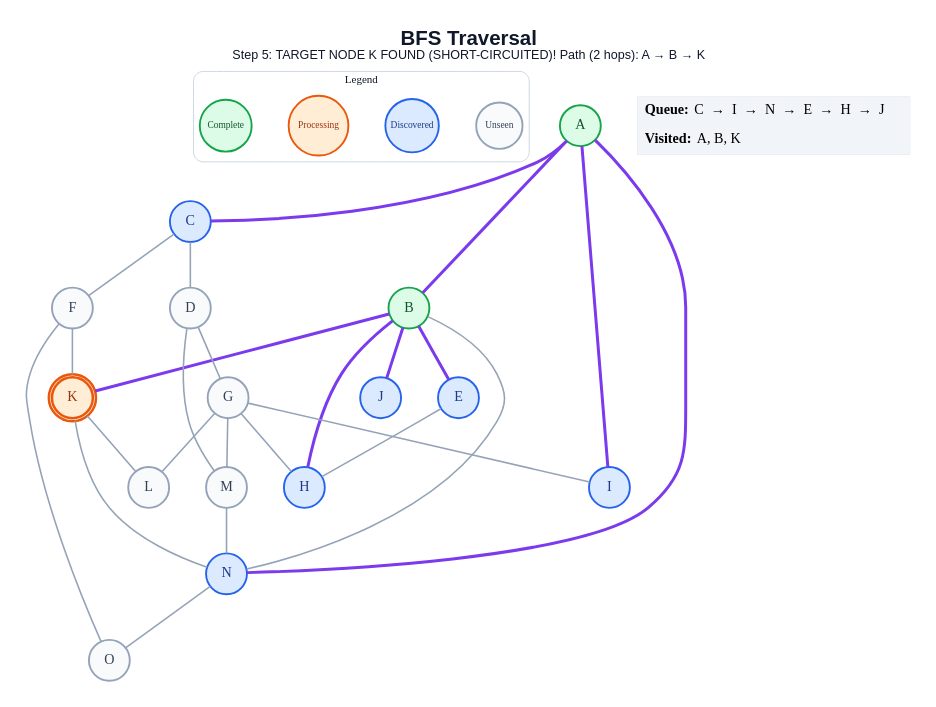
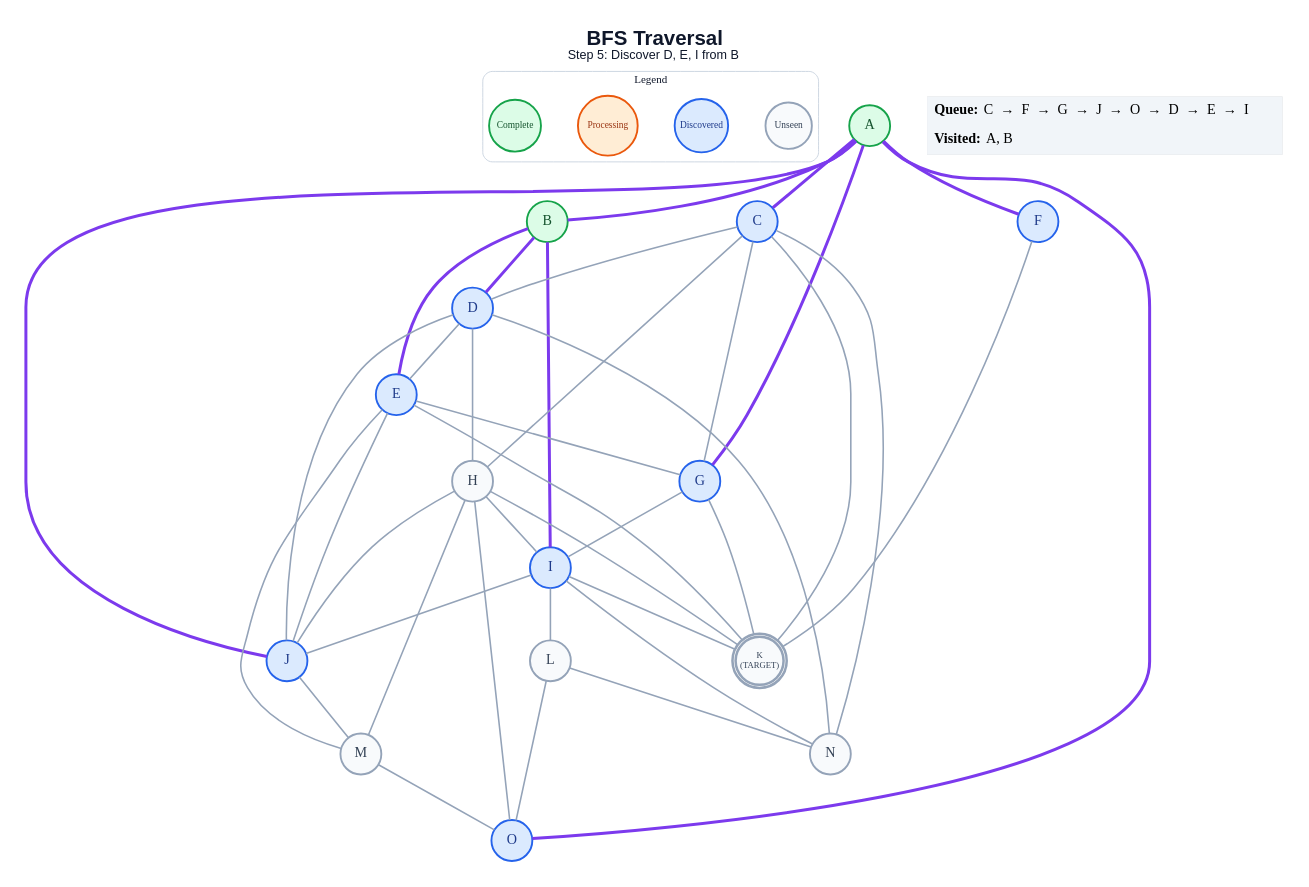
The diagram in generated/short-circuit/bfs/step_05.dot (anon7238593-create/ai-slop), drawn with Graphviz before and after one commit. The commit also changed 241 other files, not shown here.

```diff
--- a/generated/short-circuit/bfs/step_05.dot
+++ b/generated/short-circuit/bfs/step_05.dot
@@ -1,58 +1,72 @@
 graph traversal {
   graph [layout=dot, rankdir=TB, bgcolor="#FFFFFF", pad="0.35", nodesep="0.65", ranksep="0.8", fontname="Arial"];
   node [shape=circle, style="filled", fontname="Arial Bold", fontsize=18, width=0.72, fixedsize=true, penwidth=2.4];
   edge [color="#94A3B8", penwidth=2.0];
-  label=<<B>BFS Traversal</B><BR/><FONT POINT-SIZE="16">Step 5: TARGET NODE K FOUND (SHORT-CIRCUITED)! Path (2 hops): A → B → K</FONT>>; labelloc="t"; fontsize=26; fontname="Arial"; fontcolor="#0F172A";
+  label=<<B>BFS Traversal</B><BR/><FONT POINT-SIZE="16">Step 5: Discover D, E, I from B</FONT>>; labelloc="t"; fontsize=26; fontname="Arial"; fontcolor="#0F172A";
   subgraph cluster_legend { label="Legend"; color="#CBD5E1"; penwidth=1.2; style="rounded"; fontsize=14; fontname="Arial Bold";
     key_unseen [label="Unseen", fillcolor="#F8FAFC", color="#94A3B8", fontcolor="#334155", fontsize=12, width=0.82];
     key_frontier [label="Discovered", fillcolor="#DBEAFE", color="#2563EB", fontcolor="#1E3A8A", fontsize=12, width=0.95];
     key_current [label="Processing", fillcolor="#FFEDD5", color="#EA580C", fontcolor="#9A3412", fontsize=12, width=1.05];
     key_done [label="Complete", fillcolor="#DCFCE7", color="#16A34A", fontcolor="#14532D", fontsize=12, width=0.92];
     { rank=same; key_unseen; key_frontier; key_current; key_done; }
   }
   A [label="A", fillcolor="#DCFCE7", color="#16A34A", fontcolor="#14532D", peripheries=1, penwidth=2.4];
   B [label="B", fillcolor="#DCFCE7", color="#16A34A", fontcolor="#14532D", peripheries=1, penwidth=2.4];
   C [label="C", fillcolor="#DBEAFE", color="#2563EB", fontcolor="#1E3A8A", peripheries=1, penwidth=2.4];
-  D [label="D", fillcolor="#F8FAFC", color="#94A3B8", fontcolor="#334155", peripheries=1, penwidth=2.4];
+  D [label="D", fillcolor="#DBEAFE", color="#2563EB", fontcolor="#1E3A8A", peripheries=1, penwidth=2.4];
   E [label="E", fillcolor="#DBEAFE", color="#2563EB", fontcolor="#1E3A8A", peripheries=1, penwidth=2.4];
-  F [label="F", fillcolor="#F8FAFC", color="#94A3B8", fontcolor="#334155", peripheries=1, penwidth=2.4];
-  G [label="G", fillcolor="#F8FAFC", color="#94A3B8", fontcolor="#334155", peripheries=1, penwidth=2.4];
-  H [label="H", fillcolor="#DBEAFE", color="#2563EB", fontcolor="#1E3A8A", peripheries=1, penwidth=2.4];
+  F [label="F", fillcolor="#DBEAFE", color="#2563EB", fontcolor="#1E3A8A", peripheries=1, penwidth=2.4];
+  G [label="G", fillcolor="#DBEAFE", color="#2563EB", fontcolor="#1E3A8A", peripheries=1, penwidth=2.4];
+  H [label="H", fillcolor="#F8FAFC", color="#94A3B8", fontcolor="#334155", peripheries=1, penwidth=2.4];
   I [label="I", fillcolor="#DBEAFE", color="#2563EB", fontcolor="#1E3A8A", peripheries=1, penwidth=2.4];
   J [label="J", fillcolor="#DBEAFE", color="#2563EB", fontcolor="#1E3A8A", peripheries=1, penwidth=2.4];
-  K [label="K", fillcolor="#FFEDD5", color="#EA580C", fontcolor="#9A3412", peripheries=2, penwidth=3.2];
+  K [label="K\n(TARGET)", fillcolor="#F8FAFC", color="#94A3B8", fontcolor="#334155", peripheries=2, penwidth=3.2, fontsize=11, width=0.85, height=0.85];
   L [label="L", fillcolor="#F8FAFC", color="#94A3B8", fontcolor="#334155", peripheries=1, penwidth=2.4];
   M [label="M", fillcolor="#F8FAFC", color="#94A3B8", fontcolor="#334155", peripheries=1, penwidth=2.4];
-  N [label="N", fillcolor="#DBEAFE", color="#2563EB", fontcolor="#1E3A8A", peripheries=1, penwidth=2.4];
-  O [label="O", fillcolor="#F8FAFC", color="#94A3B8", fontcolor="#334155", peripheries=1, penwidth=2.4];
+  N [label="N", fillcolor="#F8FAFC", color="#94A3B8", fontcolor="#334155", peripheries=1, penwidth=2.4];
+  O [label="O", fillcolor="#DBEAFE", color="#2563EB", fontcolor="#1E3A8A", peripheries=1, penwidth=2.4];
   A -- B [color="#7C3AED", penwidth=3.8];
   A -- C [color="#7C3AED", penwidth=3.8];
-  A -- I [color="#7C3AED", penwidth=3.8];
-  A -- N [color="#7C3AED", penwidth=3.8];
+  A -- F [color="#7C3AED", penwidth=3.8];
+  A -- G [color="#7C3AED", penwidth=3.8];
+  A -- J [color="#7C3AED", penwidth=3.8];
+  A -- O [color="#7C3AED", penwidth=3.8];
+  B -- D [color="#7C3AED", penwidth=3.8];
   B -- E [color="#7C3AED", penwidth=3.8];
-  B -- H [color="#7C3AED", penwidth=3.8];
-  B -- J [color="#7C3AED", penwidth=3.8];
-  B -- K [color="#7C3AED", penwidth=3.8];
-  B -- N;
+  B -- I [color="#7C3AED", penwidth=3.8];
   C -- D;
-  C -- F;
-  D -- G;
-  D -- M;
-  E -- H;
+  C -- G;
+  C -- H;
+  C -- K;
+  C -- N;
+  D -- E;
+  D -- H;
+  D -- J;
+  D -- N;
+  E -- G;
+  E -- J;
+  E -- K;
+  E -- M;
   F -- K;
-  F -- O;
-  G -- H;
   G -- I;
-  G -- L;
-  G -- M;
-  K -- L;
-  K -- N;
-  M -- N;
-  N -- O;
+  G -- K;
+  H -- I;
+  H -- J;
+  H -- K;
+  H -- M;
+  H -- O;
+  I -- J;
+  I -- K;
+  I -- L;
+  I -- N;
+  J -- M;
+  L -- N;
+  L -- O;
+  M -- O;
   status [shape=plain, fixedsize=false, width=0, height=0, margin=0, label=<
     <TABLE BORDER="0" CELLBORDER="0" CELLPADDING="7" BGCOLOR="#F1F5F9">
-      <TR><TD ALIGN="LEFT"><B>Queue:</B> C  →  I  →  N  →  E  →  H  →  J</TD></TR>
-      <TR><TD ALIGN="LEFT"><B>Visited:</B> A, B, K</TD></TR>
+      <TR><TD ALIGN="LEFT"><B>Queue:</B> C  →  F  →  G  →  J  →  O  →  D  →  E  →  I</TD></TR>
+      <TR><TD ALIGN="LEFT"><B>Visited:</B> A, B</TD></TR>
     </TABLE>
   >];
 }
```
